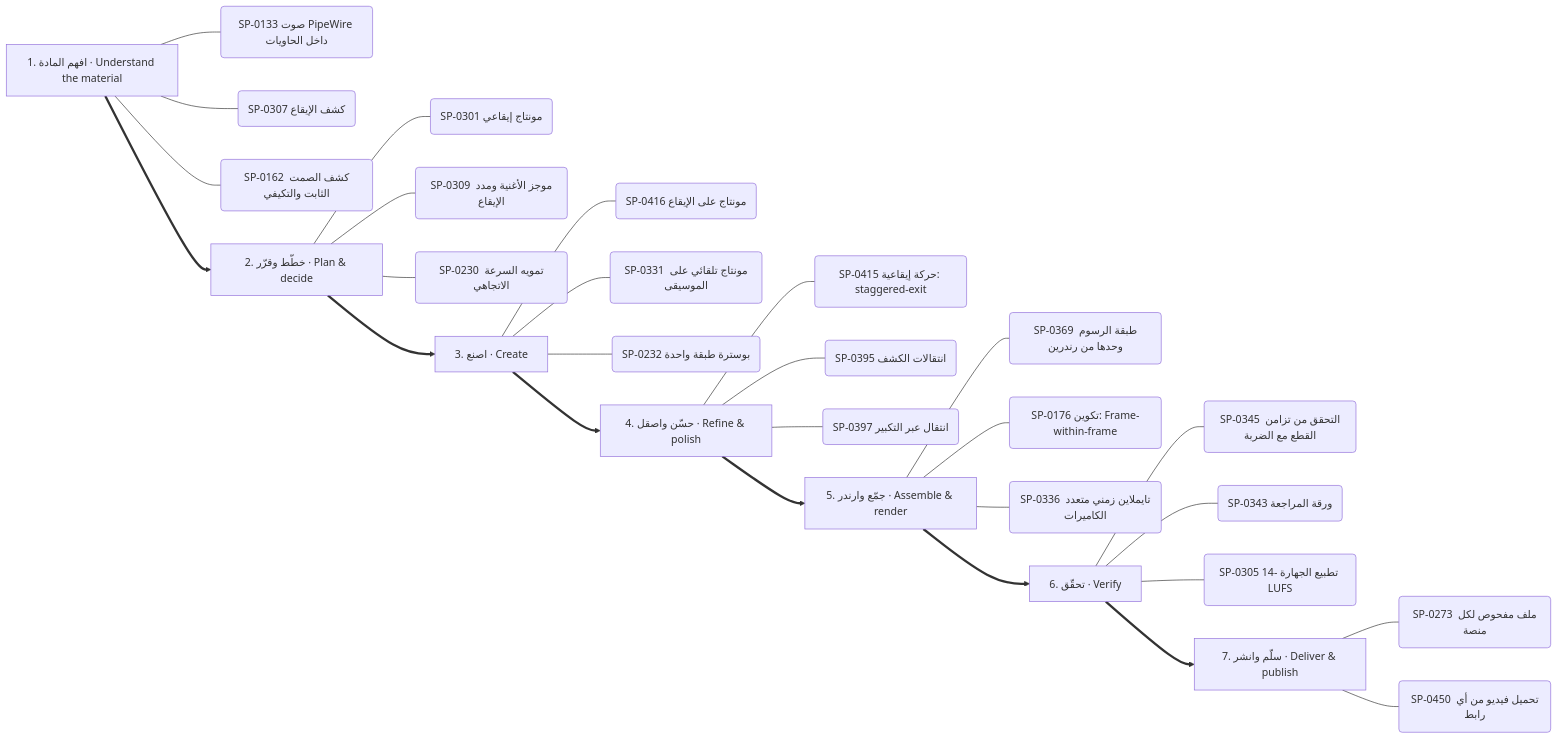
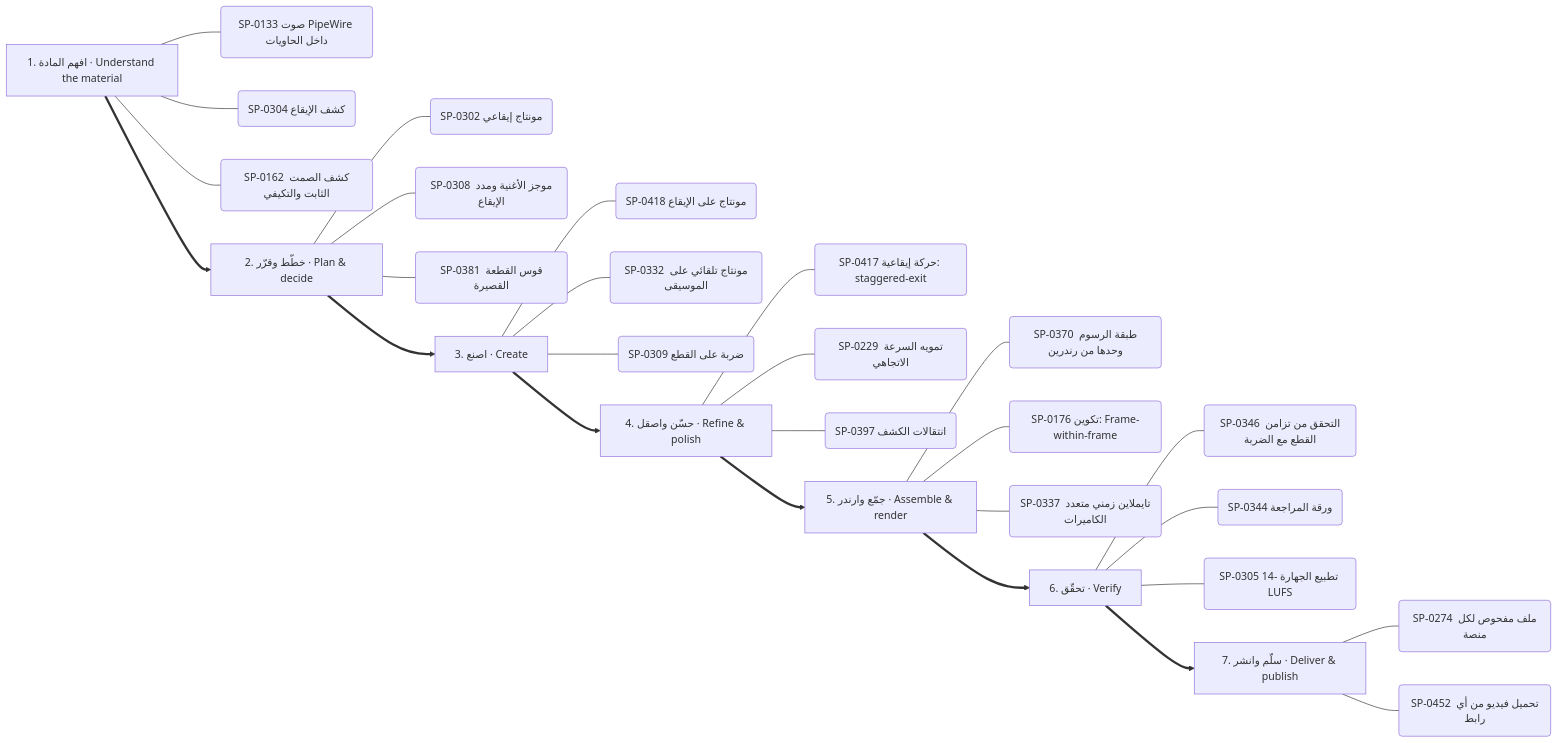
Before and after one commit to kosif199022-jpg/kosif-tool: the third of 13 diagrams in .claude/skills/kosif-superpowers/references/capability-mindmap.md, drawn with Mermaid. The commit also changed other lines of this file and 35 other files, not shown here.

````diff
--- a/.claude/skills/kosif-superpowers/references/capability-mindmap.md
+++ b/.claude/skills/kosif-superpowers/references/capability-mindmap.md
@@ -176,36 +175,36 @@
 ```mermaid
 flowchart LR
   S0["1. افهم المادة · Understand the material"]
   S0 --- S0_0("SP-0133 صوت PipeWire داخل الحاويات")
-  S0 --- S0_1("SP-0307 كشف الإيقاع")
+  S0 --- S0_1("SP-0304 كشف الإيقاع")
   S0 --- S0_2("SP-0162 كشف الصمت الثابت والتكيفي")
   S1["2. خطّط وقرّر · Plan & decide"]
-  S1 --- S1_0("SP-0301 مونتاج إيقاعي")
-  S1 --- S1_1("SP-0309 موجز الأغنية ومدد الإيقاع")
-  S1 --- S1_2("SP-0230 تمويه السرعة الاتجاهي")
+  S1 --- S1_0("SP-0302 مونتاج إيقاعي")
+  S1 --- S1_1("SP-0308 موجز الأغنية ومدد الإيقاع")
+  S1 --- S1_2("SP-0381 قوس القطعة القصيرة")
   S0 ==> S1
   S2["3. اصنع · Create"]
-  S2 --- S2_0("SP-0416 مونتاج على الإيقاع")
-  S2 --- S2_1("SP-0331 مونتاج تلقائي على الموسيقى")
-  S2 --- S2_2("SP-0232 بوسترة طبقة واحدة")
+  S2 --- S2_0("SP-0418 مونتاج على الإيقاع")
+  S2 --- S2_1("SP-0332 مونتاج تلقائي على الموسيقى")
+  S2 --- S2_2("SP-0309 ضربة على القطع")
   S1 ==> S2
   S3["4. حسّن واصقل · Refine & polish"]
-  S3 --- S3_0("SP-0415 حركة إيقاعية: staggered-exit")
-  S3 --- S3_1("SP-0395 انتقالات الكشف")
-  S3 --- S3_2("SP-0397 انتقال عبر التكبير")
+  S3 --- S3_0("SP-0417 حركة إيقاعية: staggered-exit")
+  S3 --- S3_1("SP-0229 تمويه السرعة الاتجاهي")
+  S3 --- S3_2("SP-0397 انتقالات الكشف")
   S2 ==> S3
   S4["5. جمّع وارندر · Assemble & render"]
-  S4 --- S4_0("SP-0369 طبقة الرسوم وحدها من رندرين")
+  S4 --- S4_0("SP-0370 طبقة الرسوم وحدها من رندرين")
   S4 --- S4_1("SP-0176 تكوين: Frame-within-frame")
-  S4 --- S4_2("SP-0336 تايملاين زمني متعدد الكاميرات")
+  S4 --- S4_2("SP-0337 تايملاين زمني متعدد الكاميرات")
   S3 ==> S4
   S5["6. تحقّق · Verify"]
-  S5 --- S5_0("SP-0345 التحقق من تزامن القطع مع الضربة")
-  S5 --- S5_1("SP-0343 ورقة المراجعة")
+  S5 --- S5_0("SP-0346 التحقق من تزامن القطع مع الضربة")
+  S5 --- S5_1("SP-0344 ورقة المراجعة")
   S5 --- S5_2("SP-0305 تطبيع الجهارة -14 LUFS")
   S4 ==> S5
   S6["7. سلّم وانشر · Deliver & publish"]
-  S6 --- S6_0("SP-0273 ملف مفحوص لكل منصة")
-  S6 --- S6_1("SP-0450 تحميل فيديو من أي رابط")
+  S6 --- S6_0("SP-0274 ملف مفحوص لكل منصة")
+  S6 --- S6_1("SP-0452 تحميل فيديو من أي رابط")
   S5 ==> S6
 ```
````
